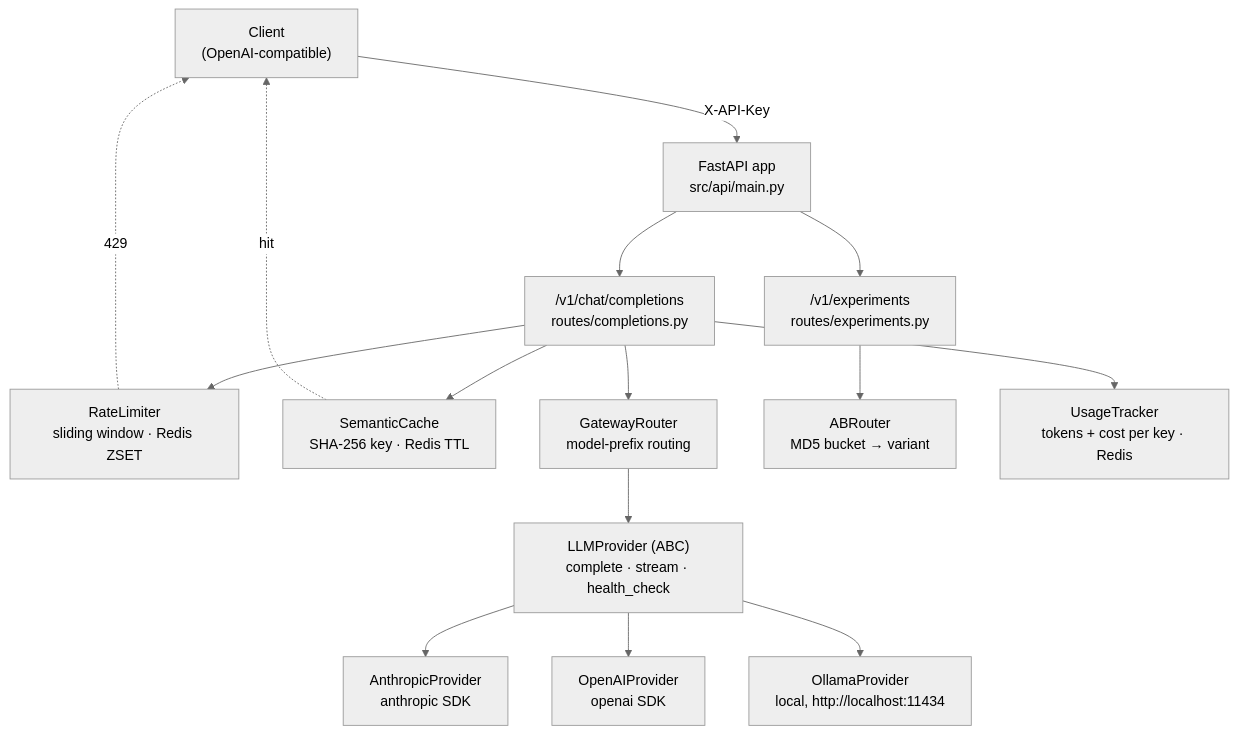
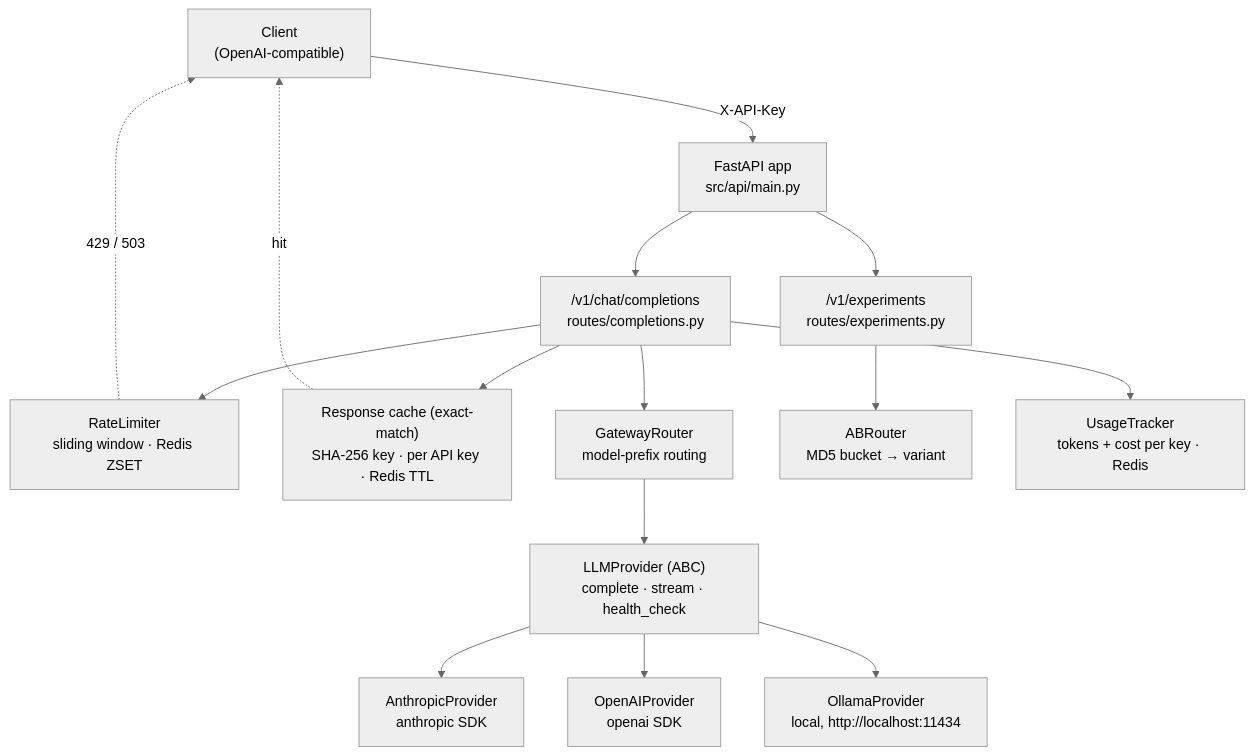
The diagram in README.md (shaikn6/llm-gateway), drawn with Mermaid (neutral theme) before and after one commit. The commit also changed other lines of this file and 34 other files, not shown here.

Commit message:
fix: Anthropic SDK 1.x compatibility, tenant-scoped cache keys, and hardened API defaults (#14)

````diff
--- a/README.md
+++ b/README.md
@@ -22,23 +22,23 @@
 ```mermaid
 flowchart TD
     Client["Client<br/>(OpenAI-compatible)"] -->|"X-API-Key"| API["FastAPI app<br/>src/api/main.py"]
 
     API --> Completions["/v1/chat/completions<br/>routes/completions.py"]
     API --> Experiments["/v1/experiments<br/>routes/experiments.py"]
 
     Completions --> RateLimit["RateLimiter<br/>sliding window · Redis ZSET"]
-    Completions --> Cache["SemanticCache<br/>SHA-256 key · Redis TTL"]
+    Completions --> Cache["Response cache (exact-match)<br/>SHA-256 key · per API key · Redis TTL"]
     Completions --> Router["GatewayRouter<br/>model-prefix routing"]
 
     Experiments --> AB["ABRouter<br/>MD5 bucket → variant"]
 
     Router --> Base["LLMProvider (ABC)<br/>complete · stream · health_check"]
     Base --> Anthropic["AnthropicProvider<br/>anthropic SDK"]
     Base --> OpenAI["OpenAIProvider<br/>openai SDK"]
     Base --> Ollama["OllamaProvider<br/>local, http://localhost:11434"]
 
     Completions --> Usage["UsageTracker<br/>tokens + cost per key · Redis"]
 
     Cache -. hit .-> Client
-    RateLimit -. 429 .-> Client
+    RateLimit -. 429 / 503 .-> Client
 ```
````
